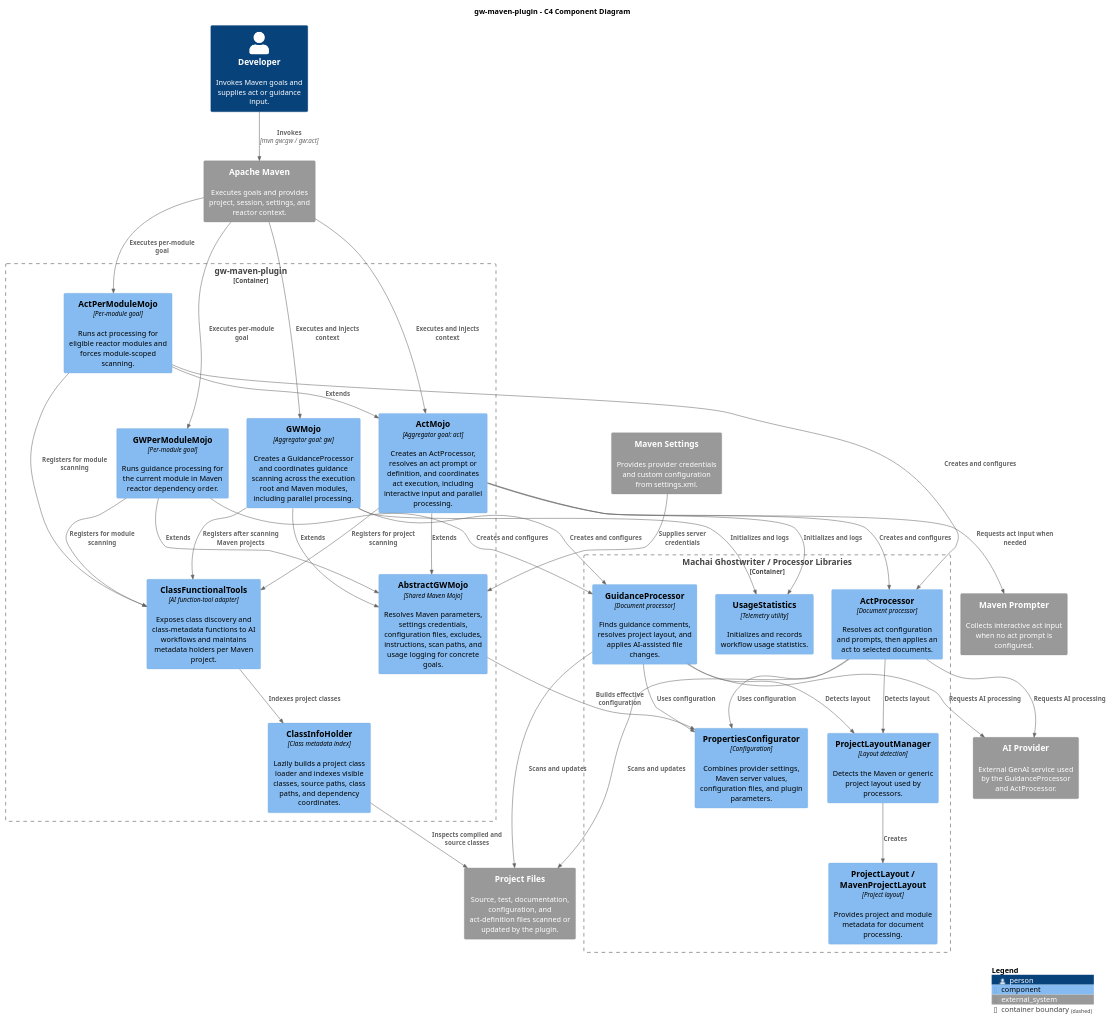
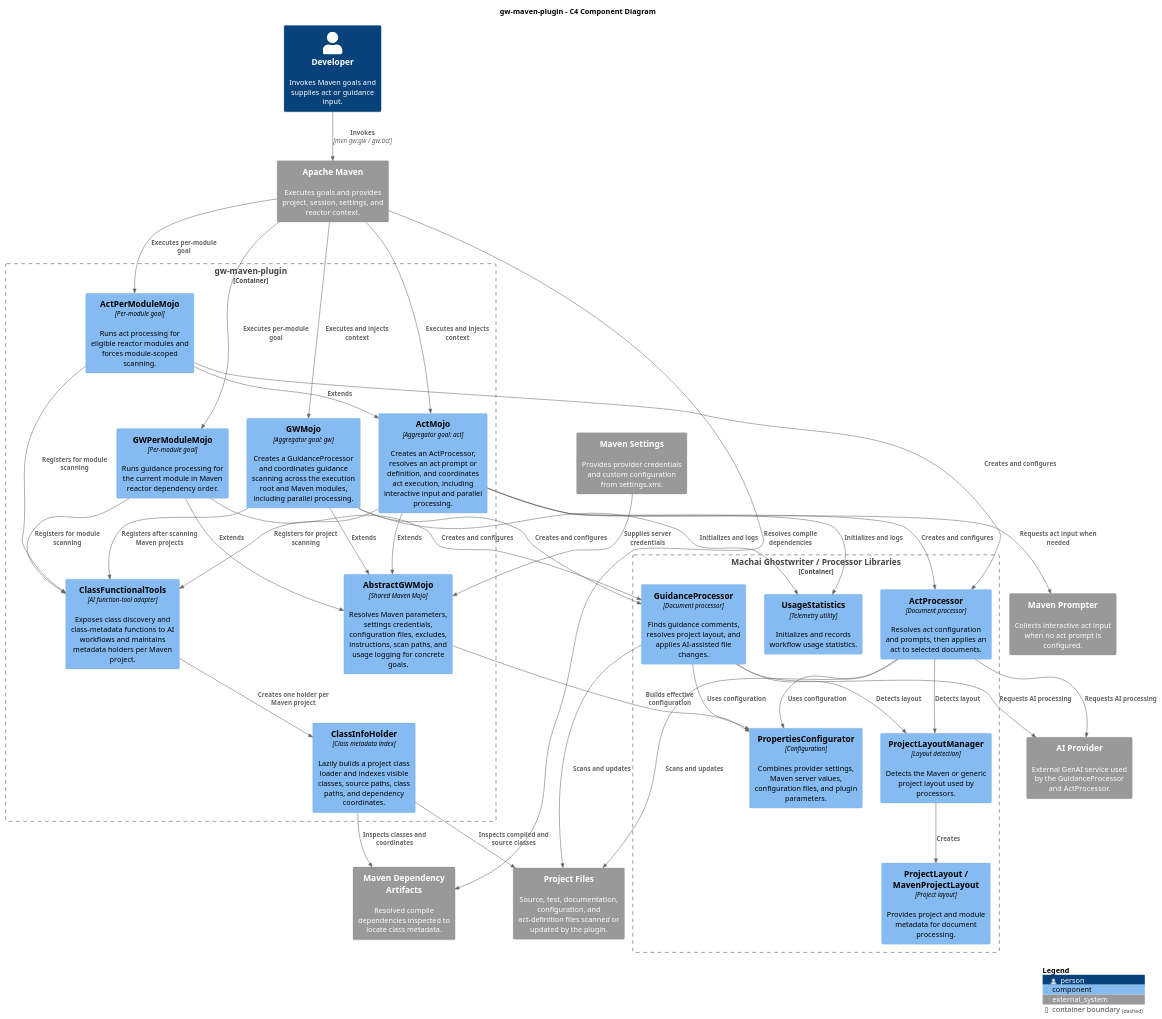
The diagram in gw-maven-plugin/src/site/puml/project-structure/c4-diagram.puml (machanism-org/machai), drawn with PlantUML before and after one commit. The commit also changed 35 other files, not shown here.

```diff
--- a/gw-maven-plugin/src/site/puml/project-structure/c4-diagram.puml
+++ b/gw-maven-plugin/src/site/puml/project-structure/c4-diagram.puml
@@ -10,71 +10,74 @@
 @startuml gw-maven-plugin-components
 !include <C4/C4_Component>
 
 LAYOUT_WITH_LEGEND()
 
 title gw-maven-plugin - C4 Component Diagram
 
 Person(developer, "Developer", "Invokes Maven goals and supplies act or guidance input.")
 
 System_Ext(maven, "Apache Maven", "Executes goals and provides project, session, settings, and reactor context.")
 System_Ext(maven_settings, "Maven Settings", "Provides provider credentials and custom configuration from settings.xml.")
+System_Ext(dependency_artifacts, "Maven Dependency Artifacts", "Resolved compile dependencies inspected to locate class metadata.")
 System_Ext(prompter, "Maven Prompter", "Collects interactive act input when no act prompt is configured.")
 System_Ext(ai_provider, "AI Provider", "External GenAI service used by the GuidanceProcessor and ActProcessor.")
 System_Ext(project_files, "Project Files", "Source, test, documentation, configuration, and act-definition files scanned or updated by the plugin.")
 
 Container_Boundary(plugin, "gw-maven-plugin") {
     Component(abstract_mojo, "AbstractGWMojo", "Shared Maven Mojo", "Resolves Maven parameters, settings credentials, configuration files, excludes, instructions, scan paths, and usage logging for concrete goals.")
     Component(gw_mojo, "GWMojo", "Aggregator goal: gw", "Creates a GuidanceProcessor and coordinates guidance scanning across the execution root and Maven modules, including parallel processing.")
     Component(act_mojo, "ActMojo", "Aggregator goal: act", "Creates an ActProcessor, resolves an act prompt or definition, and coordinates act execution, including interactive input and parallel processing.")
     Component(gw_per_module_mojo, "GWPerModuleMojo", "Per-module goal", "Runs guidance processing for the current module in Maven reactor dependency order.")
     Component(act_per_module_mojo, "ActPerModuleMojo", "Per-module goal", "Runs act processing for eligible reactor modules and forces module-scoped scanning.")
     Component(class_tools, "ClassFunctionalTools", "AI function-tool adapter", "Exposes class discovery and class-metadata functions to AI workflows and maintains metadata holders per Maven project.")
     Component(class_info_holder, "ClassInfoHolder", "Class metadata index", "Lazily builds a project class loader and indexes visible classes, source paths, class paths, and dependency coordinates.")
 }
 
 Container_Boundary(ghostwriter, "Machai Ghostwriter / Processor Libraries") {
     Component(guidance_processor, "GuidanceProcessor", "Document processor", "Finds guidance comments, resolves project layout, and applies AI-assisted file changes.")
     Component(act_processor, "ActProcessor", "Document processor", "Resolves act configuration and prompts, then applies an act to selected documents.")
     Component(project_layout_manager, "ProjectLayoutManager", "Layout detection", "Detects the Maven or generic project layout used by processors.")
     Component(project_layout, "ProjectLayout / MavenProjectLayout", "Project layout", "Provides project and module metadata for document processing.")
     Component(configurator, "PropertiesConfigurator", "Configuration", "Combines provider settings, Maven server values, configuration files, and plugin parameters.")
     Component(usage_stats, "UsageStatistics", "Telemetry utility", "Initializes and records workflow usage statistics.")
 }
 
 Rel(developer, maven, "Invokes", "mvn gw:gw / gw:act")
 Rel(maven, gw_mojo, "Executes and injects context")
 Rel(maven, act_mojo, "Executes and injects context")
 Rel(maven, gw_per_module_mojo, "Executes per-module goal")
 Rel(maven, act_per_module_mojo, "Executes per-module goal")
+Rel(maven, dependency_artifacts, "Resolves compile dependencies")
 Rel(maven_settings, abstract_mojo, "Supplies server credentials")
 Rel(act_mojo, prompter, "Requests act input when needed")
 Rel(abstract_mojo, configurator, "Builds effective configuration")
 
 Rel(gw_mojo, abstract_mojo, "Extends")
 Rel(act_mojo, abstract_mojo, "Extends")
 Rel(gw_per_module_mojo, abstract_mojo, "Extends")
 Rel(act_per_module_mojo, act_mojo, "Extends")
 Rel(gw_mojo, guidance_processor, "Creates and configures")
 Rel(act_mojo, act_processor, "Creates and configures")
 Rel(gw_per_module_mojo, guidance_processor, "Creates and configures")
 Rel(act_per_module_mojo, act_processor, "Creates and configures")
 Rel(gw_mojo, class_tools, "Registers after scanning Maven projects")
 Rel(act_mojo, class_tools, "Registers for project scanning")
 Rel(gw_per_module_mojo, class_tools, "Registers for module scanning")
 Rel(act_per_module_mojo, class_tools, "Registers for module scanning")
 Rel(guidance_processor, project_layout_manager, "Detects layout")
 Rel(act_processor, project_layout_manager, "Detects layout")
 Rel(project_layout_manager, project_layout, "Creates")
 Rel(guidance_processor, configurator, "Uses configuration")
 Rel(act_processor, configurator, "Uses configuration")
 Rel(guidance_processor, project_files, "Scans and updates")
 Rel(act_processor, project_files, "Scans and updates")
 Rel(guidance_processor, ai_provider, "Requests AI processing")
 Rel(act_processor, ai_provider, "Requests AI processing")
-Rel(class_tools, class_info_holder, "Indexes project classes")
+Rel(class_tools, class_info_holder, "Creates one holder per Maven project")
 Rel(class_info_holder, project_files, "Inspects compiled and source classes")
+Rel(class_info_holder, dependency_artifacts, "Inspects classes and coordinates")
 Rel(gw_mojo, usage_stats, "Initializes and logs")
 Rel(act_mojo, usage_stats, "Initializes and logs")
 
 SHOW_LEGEND()
 @enduml
```
